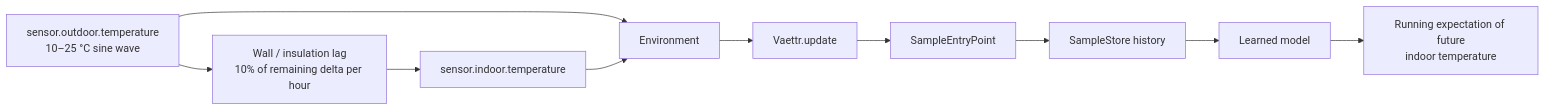
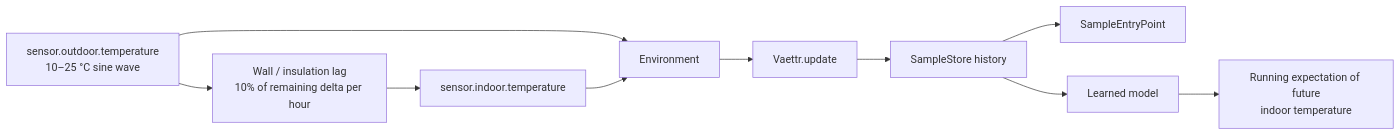
One commit to skasti/skyn-vaettr changed the second of 2 diagrams in docs/sensory-representation.md. Above: the diagram before and after it, drawn with Mermaid. The commit also changed other lines of this file and 10 other files, not shown here.

First line of the commit message:
Refactor `DefaultTopology` to centralize `SampleEntryPoint` sample storage in `MutableSampleStore`.

````diff
--- a/docs/sensory-representation.md
+++ b/docs/sensory-representation.md
@@ -45,12 +45,12 @@
 ```mermaid
 flowchart LR
     Outside["sensor.outdoor.temperature\n10–25 °C sine wave"] --> Thermal["Wall / insulation lag\n10% of remaining delta per hour"]
     Thermal --> Inside["sensor.indoor.temperature"]
     Outside --> Environment[Environment]
     Inside --> Environment
     Environment --> Vaettr[Vaettr.update]
-    Vaettr --> EntryPoint[SampleEntryPoint]
-    EntryPoint --> Store[SampleStore history]
+    Vaettr --> Store[SampleStore history]
+    Store --> EntryPoint[SampleEntryPoint]
     Store --> Model[Learned model]
     Model --> Expectation["Running expectation of future\nindoor temperature"]
 ```
````
